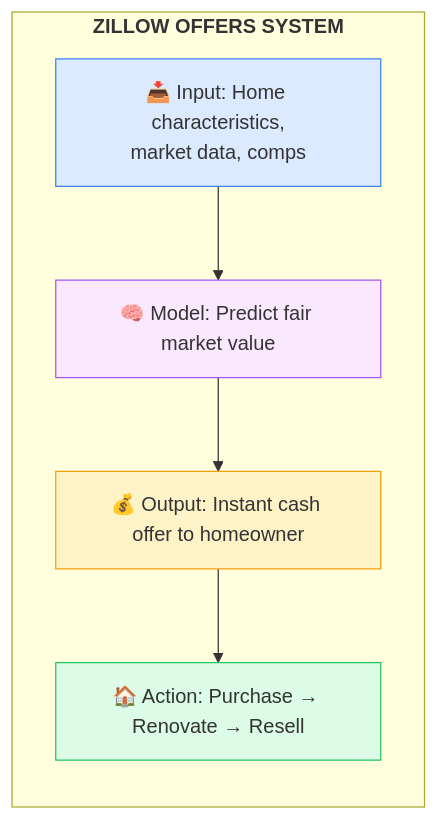
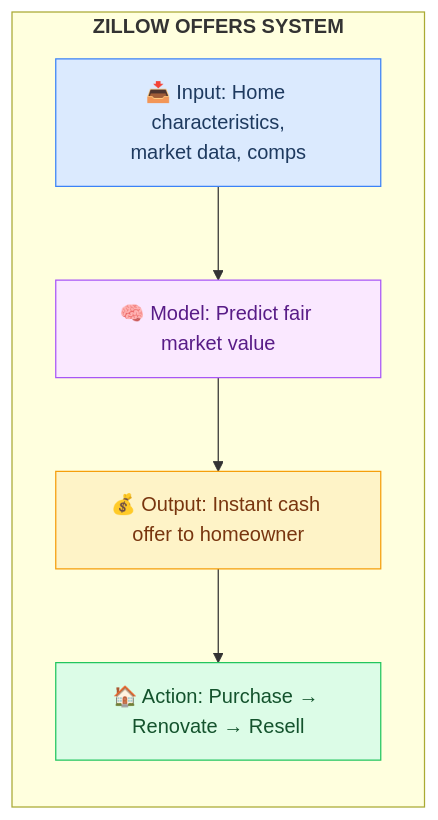
Before and after one commit to asq-sheriff/AI-Production-Checklist: the first of 6 diagrams in docs/CASE-STUDIES.md, drawn with Mermaid. The commit also changed other lines of this file and 8 other files, not shown here.

First line of the commit message:
Fix text contrast in all Mermaid diagrams

````diff
--- a/docs/CASE-STUDIES.md
+++ b/docs/CASE-STUDIES.md
@@ -29,17 +29,17 @@
 ```mermaid
 flowchart TB
     subgraph system[<b>ZILLOW OFFERS SYSTEM</b>]
         direction TB
         Input[📥 Input: Home characteristics,<br/>market data, comps]
         Model[🧠 Model: Predict fair market value]
         Output[💰 Output: Instant cash offer to homeowner]
         Action[🏠 Action: Purchase → Renovate → Resell]
 
         Input --> Model --> Output --> Action
     end
 
-    style Input fill:#dbeafe,stroke:#3b82f6
-    style Model fill:#fae8ff,stroke:#a855f7
-    style Output fill:#fef3c7,stroke:#f59e0b
-    style Action fill:#dcfce7,stroke:#22c55e
+    style Input fill:#dbeafe,stroke:#3b82f6,color:#1e3a5f
+    style Model fill:#fae8ff,stroke:#a855f7,color:#581c87
+    style Output fill:#fef3c7,stroke:#f59e0b,color:#78350f
+    style Action fill:#dcfce7,stroke:#22c55e,color:#14532d
 ```
````
